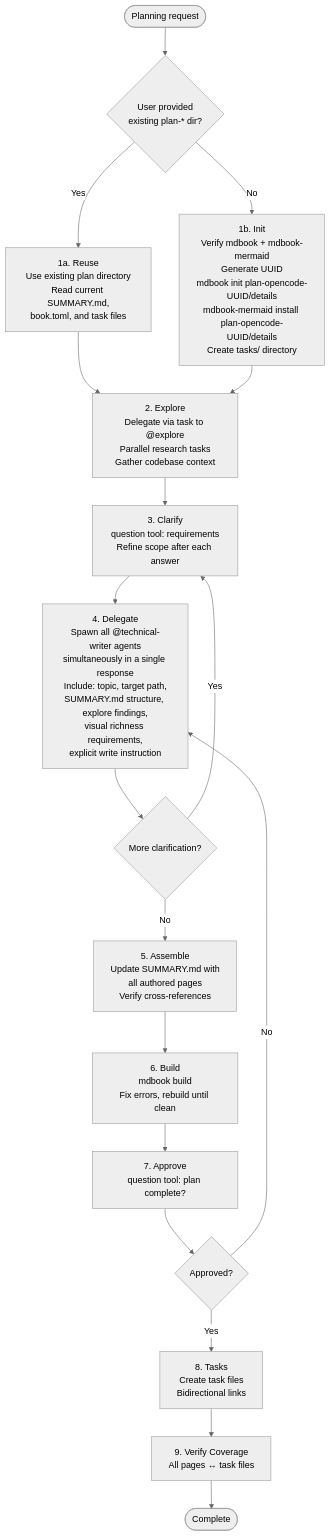
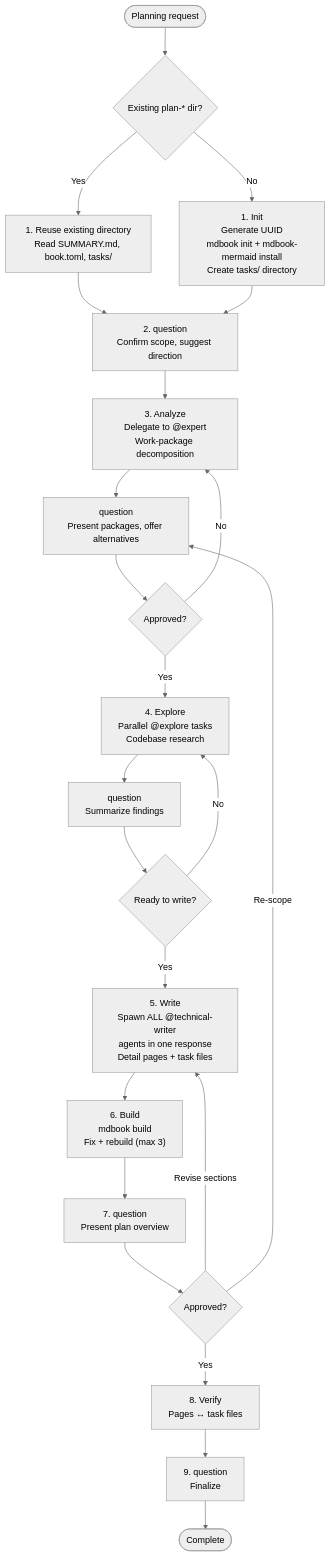
Before and after one commit to juliankahlert/opencode-config: the diagram in pages/src/absurd/plan.md, drawn with Mermaid (neutral theme). The commit also changed other lines of this file and 7 other files, not shown here.

````diff
--- a/pages/src/absurd/plan.md
+++ b/pages/src/absurd/plan.md
@@ -22,35 +23,39 @@
 ```mermaid
 flowchart TD
     START([Planning request]) --> CHECK
 
-    CHECK{User provided<br/>existing plan-* dir?}
-    CHECK -->|Yes| REUSE["<span>1a.</span> Reuse<br/>Use existing plan directory<br/>Read current SUMMARY.md,<br/>book.toml, and task files"]
-    CHECK -->|No| INIT["<span>1b.</span> Init<br/>Verify mdbook + mdbook-mermaid<br/>Generate UUID<br/>mdbook init plan-opencode-UUID/details<br/>mdbook-mermaid install plan-opencode-UUID/details<br/>Create tasks/ directory"]
+    CHECK{Existing plan-* dir?}
+    CHECK -->|Yes| REUSE["<span>1.</span> Reuse existing directory<br/>Read SUMMARY.md, book.toml, tasks/"]
+    CHECK -->|No| INIT["<span>1.</span> Init<br/>Generate UUID<br/>mdbook init + mdbook-mermaid install<br/>Create tasks/ directory"]
 
-    REUSE --> EXPLORE
-    INIT --> EXPLORE
+    REUSE --> Q_SCOPE
+    INIT --> Q_SCOPE
 
-    EXPLORE["<span>2.</span> Explore<br/>Delegate via task to @explore<br/>Parallel research tasks<br/>Gather codebase context"]
+    Q_SCOPE["<span>2.</span> question<br/>Confirm scope, suggest direction"]
+    Q_SCOPE --> ANALYZE["<span>3.</span> Analyze<br/>Delegate to @expert<br/>Work-package decomposition"]
 
-    EXPLORE --> CLARIFY["<span>3.</span> Clarify<br/>question tool: requirements<br/>Refine scope after each answer"]
+    ANALYZE --> Q_PLAN["question<br/>Present packages, offer alternatives"]
+    Q_PLAN --> APPROVED_PLAN{Approved?}
+    APPROVED_PLAN -->|No| ANALYZE
+    APPROVED_PLAN -->|Yes| EXPLORE
 
-    CLARIFY --> DELEGATE["<span>4.</span> Delegate<br/>Spawn all @technical-writer agents<br/>simultaneously in a single response<br/>Include: topic, target path,<br/>SUMMARY.md structure, explore findings,<br/>visual richness requirements,<br/>explicit write instruction"]
+    EXPLORE["<span>4.</span> Explore<br/>Parallel @explore tasks<br/>Codebase research"]
+    EXPLORE --> Q_FINDINGS["question<br/>Summarize findings"]
+    Q_FINDINGS --> READY{Ready to write?}
+    READY -->|No| EXPLORE
+    READY -->|Yes| DELEGATE
 
-    DELEGATE --> MORE{More clarification?}
-    MORE -->|Yes| CLARIFY
-    MORE -->|No| ASSEMBLE
+    DELEGATE["<span>5.</span> Write<br/>Spawn ALL @technical-writer<br/>agents in one response<br/>Detail pages + task files"]
 
-    ASSEMBLE["<span>5.</span> Assemble<br/>Update SUMMARY.md with<br/>all authored pages<br/>Verify cross-references"]
+    DELEGATE --> BUILD["<span>6.</span> Build<br/>mdbook build<br/>Fix + rebuild (max 3)"]
+    BUILD --> Q_REVIEW["<span>7.</span> question<br/>Present plan overview"]
 
-    ASSEMBLE --> BUILD["<span>6.</span> Build<br/>mdbook build<br/>Fix errors, rebuild until clean"]
+    Q_REVIEW --> OK{Approved?}
+    OK -->|Revise sections| DELEGATE
+    OK -->|Re-scope| Q_PLAN
+    OK -->|Yes| VERIFY
 
-    BUILD --> APPROVE["<span>7.</span> Approve<br/>question tool: plan complete?"]
-    APPROVE --> APPROVED{Approved?}
-    APPROVED -->|No| DELEGATE
-    APPROVED -->|Yes| TASKS
-
-    TASKS["<span>8.</span> Tasks<br/>Create task files<br/>Bidirectional links"]
-
-    TASKS --> VERIFY["<span>9.</span> Verify Coverage<br/>All pages ↔ task files"]
-    VERIFY --> DONE([Complete])
+    VERIFY["<span>8.</span> Verify<br/>Pages ↔ task files"]
+    VERIFY --> Q_FINAL["<span>9.</span> question<br/>Finalize"]
+    Q_FINAL --> DONE([Complete])
 ```
````
